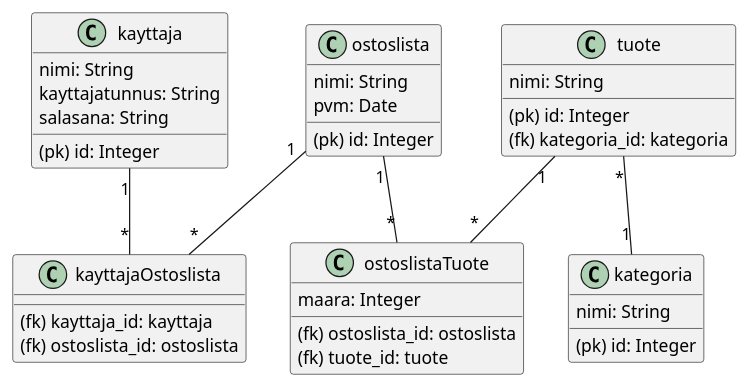
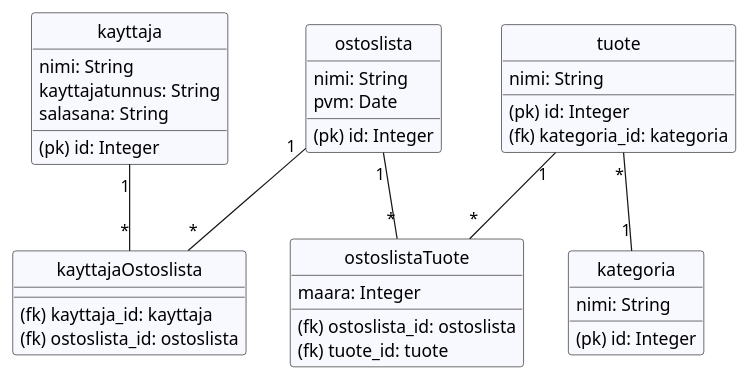
One commit to petrioski/ostoslista changed the diagram in extra/tietokantakaavio.plantuml. Above: the diagram before and after it, drawn with PlantUML. The commit also changed 1 other file, not shown here.

```diff
--- a/extra/tietokantakaavio.plantuml
+++ b/extra/tietokantakaavio.plantuml
@@ -1,43 +1,50 @@
 @startuml
+hide circle
+skinparam Shadowing false
+skinparam class {
+    backgroundColor GhostWhite
+}
+
+
 class kayttaja {
     (pk) id: Integer
     nimi: String
     kayttajatunnus: String
     salasana: String
 }
 
 class tuote {
     (pk) id: Integer
     (fk) kategoria_id: kategoria
     nimi: String
 }
 
 class kategoria {
     (pk) id: Integer
     nimi: String
 }
 
 class ostoslista {
     (pk) id: Integer
     nimi: String
     pvm: Date
 }
 
 class kayttajaOstoslista {
     (fk) kayttaja_id: kayttaja
     (fk) ostoslista_id: ostoslista
 }
 
 class ostoslistaTuote {
     (fk) ostoslista_id: ostoslista
     (fk) tuote_id: tuote
     maara: Integer
 }
 
 tuote "*" -- "1" kategoria
 kayttaja "1" -- "*" kayttajaOstoslista
 ostoslista "1" -- "*" kayttajaOstoslista
 ostoslista "1" -- "*" ostoslistaTuote
 tuote "1" -- "*" ostoslistaTuote
 
 @endum
```
